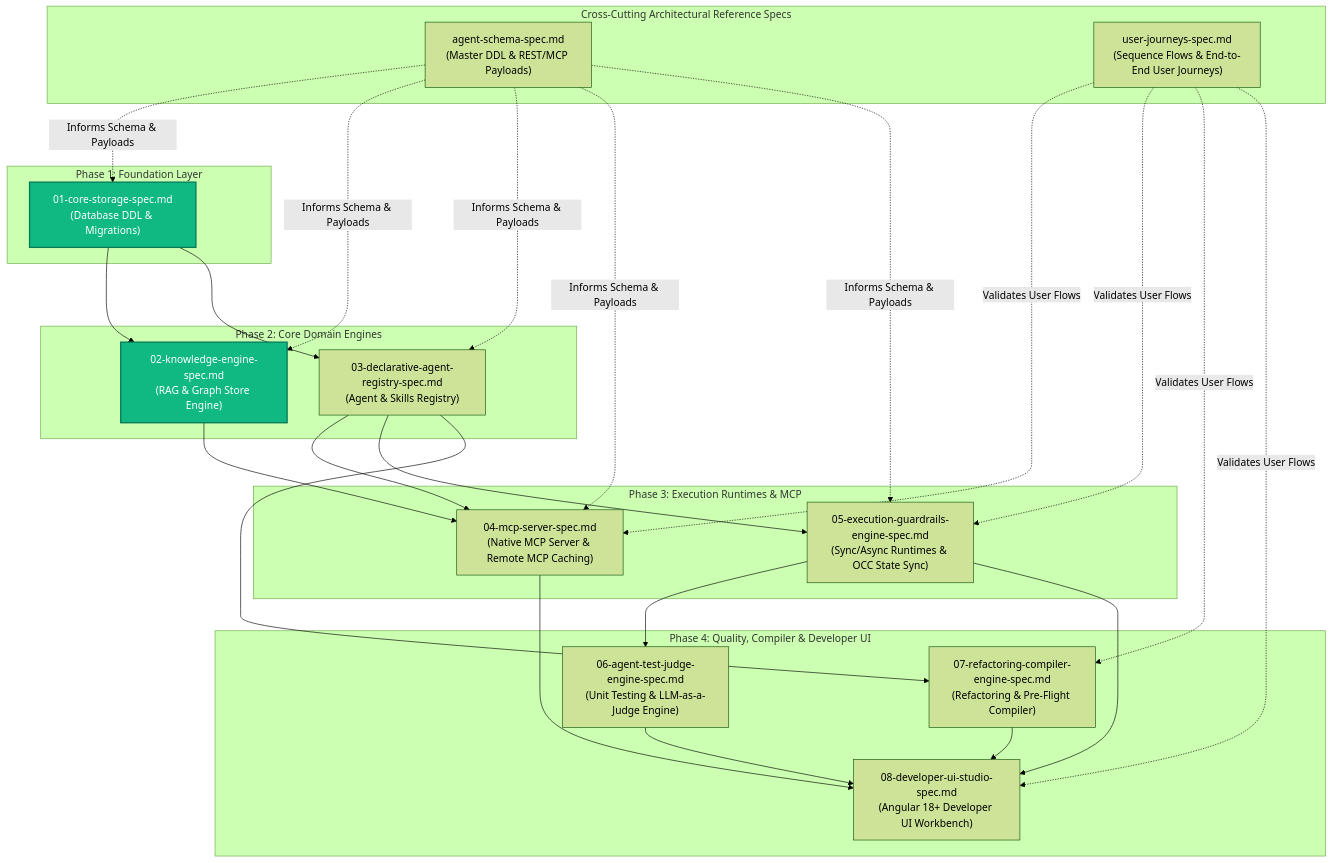
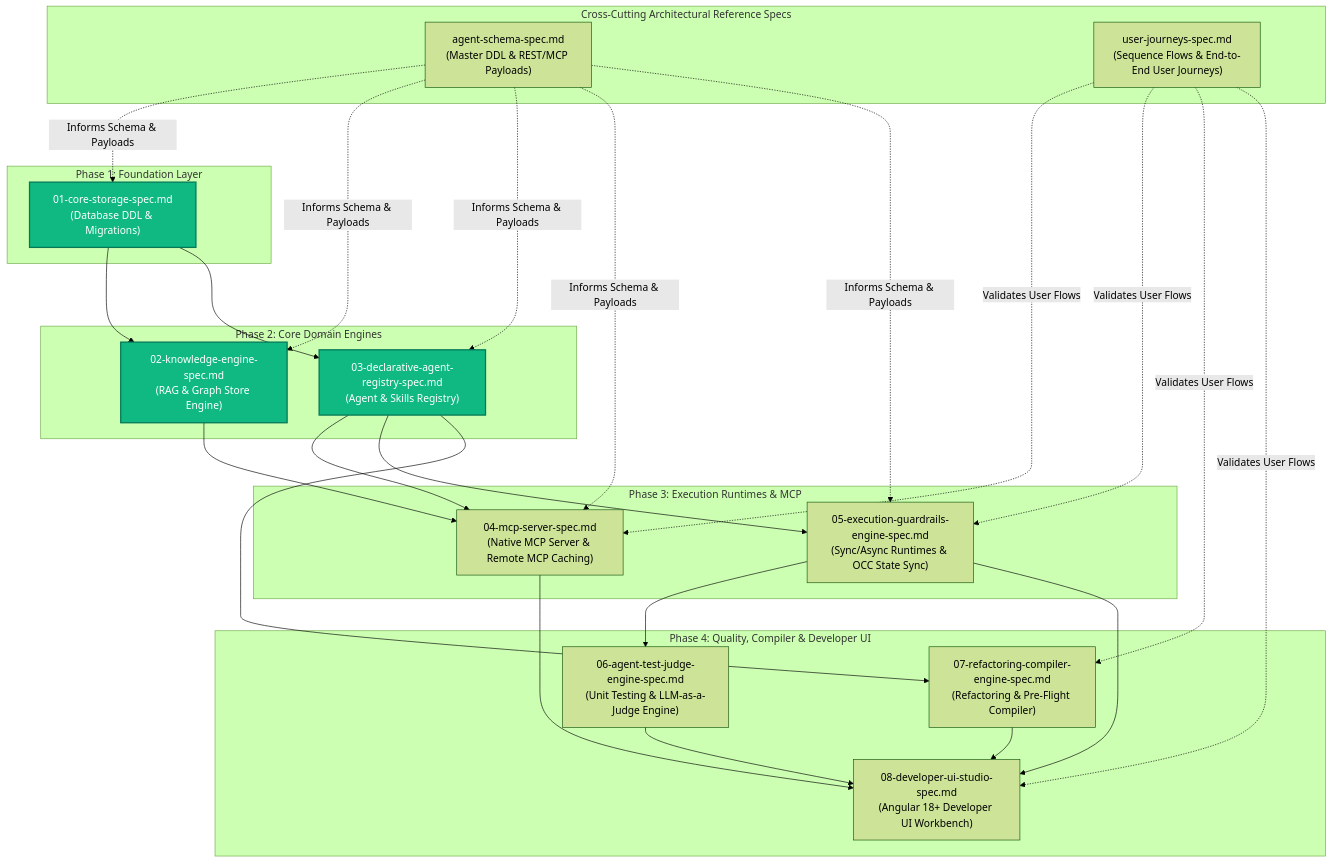
Before and after one commit to PolecatWorks/agent-as-data: the diagram in spec/specs/README.md, drawn with Mermaid (forest theme). The commit also changed other lines of this file and 9 other files, not shown here.

Commit message:
feat(spec-03): implement Declarative Agent Registry, Managed Skills, Promotion, & Trait Verification

````diff
--- a/spec/specs/README.md
+++ b/spec/specs/README.md
@@ -17,55 +17,55 @@
 ```mermaid
 flowchart TD
     subgraph CrossCuttingSpecs ["Cross-Cutting Architectural Reference Specs"]
         SchemaSpec["agent-schema-spec.md<br/>(Master DDL & REST/MCP Payloads)"]
         JourneysSpec["user-journeys-spec.md<br/>(Sequence Flows & End-to-End User Journeys)"]
     end
 
     subgraph Phase1 ["Phase 1: Foundation Layer"]
         Spec01["01-core-storage-spec.md<br/>(Database DDL & Migrations)"]:::complete
     end
 
     subgraph Phase2 ["Phase 2: Core Domain Engines"]
         Spec02["02-knowledge-engine-spec.md<br/>(RAG & Graph Store Engine)"]:::complete
-        Spec03["03-declarative-agent-registry-spec.md<br/>(Agent & Skills Registry)"]
+        Spec03["03-declarative-agent-registry-spec.md<br/>(Agent & Skills Registry)"]:::complete
     end
 
     subgraph Phase3 ["Phase 3: Execution Runtimes & MCP"]
         Spec04["04-mcp-server-spec.md<br/>(Native MCP Server & Remote MCP Caching)"]
         Spec05["05-execution-guardrails-engine-spec.md<br/>(Sync/Async Runtimes & OCC State Sync)"]
     end
 
     subgraph Phase4 ["Phase 4: Quality, Compiler & Developer UI"]
         Spec06["06-agent-test-judge-engine-spec.md<br/>(Unit Testing & LLM-as-a-Judge Engine)"]
         Spec07["07-refactoring-compiler-engine-spec.md<br/>(Refactoring & Pre-Flight Compiler)"]
         Spec08["08-developer-ui-studio-spec.md<br/>(Angular 18+ Developer UI Workbench)"]
     end
 
     classDef complete fill:#10B981,stroke:#047857,stroke-width:2px,color:#ffffff;
 
     SchemaSpec -.->|Informs Schema & Payloads| Spec01
     SchemaSpec -.->|Informs Schema & Payloads| Spec02
     SchemaSpec -.->|Informs Schema & Payloads| Spec03
     SchemaSpec -.->|Informs Schema & Payloads| Spec04
     SchemaSpec -.->|Informs Schema & Payloads| Spec05
 
     JourneysSpec -.->|Validates User Flows| Spec04
     JourneysSpec -.->|Validates User Flows| Spec05
     JourneysSpec -.->|Validates User Flows| Spec07
     JourneysSpec -.->|Validates User Flows| Spec08
 
     Spec01 --> Spec02
     Spec01 --> Spec03
 
     Spec02 --> Spec04
     Spec03 --> Spec04
     Spec03 --> Spec05
 
     Spec05 --> Spec06
     Spec03 --> Spec07
     
     Spec04 --> Spec08
     Spec05 --> Spec08
     Spec06 --> Spec08
     Spec07 --> Spec08
 ```
````
